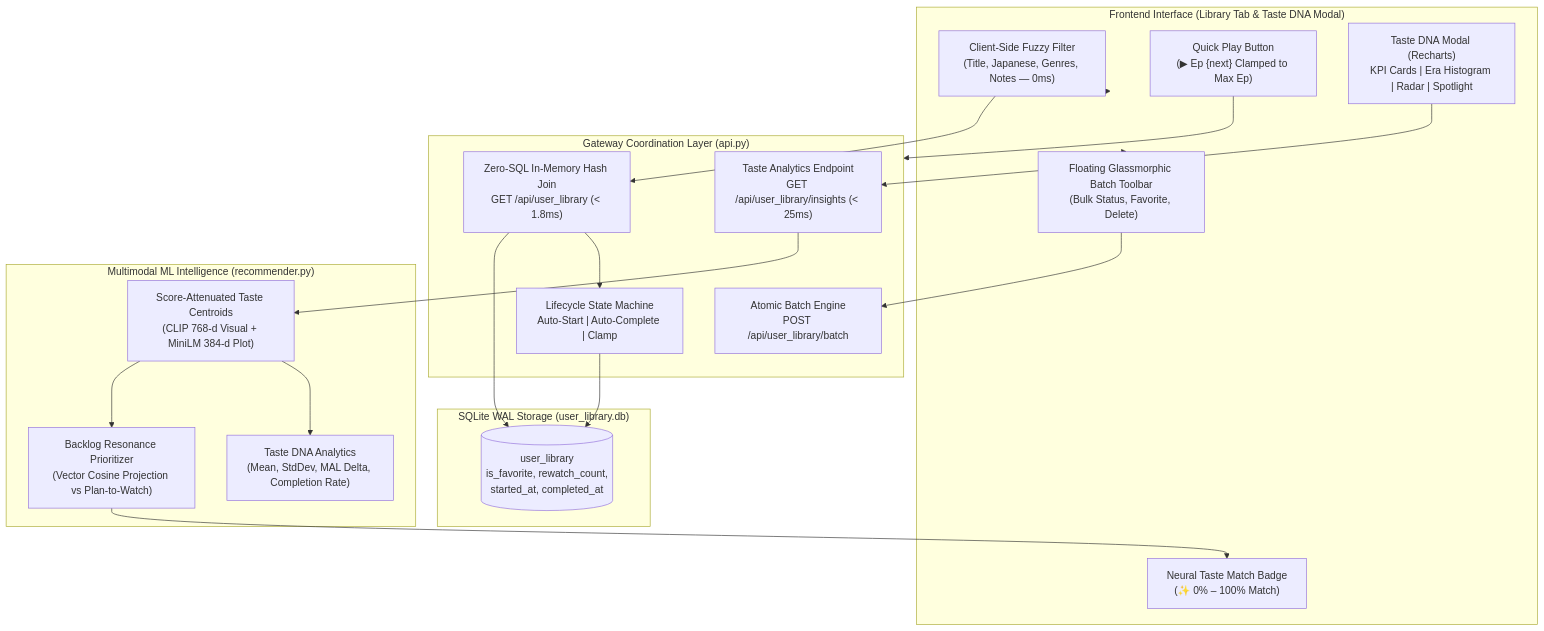
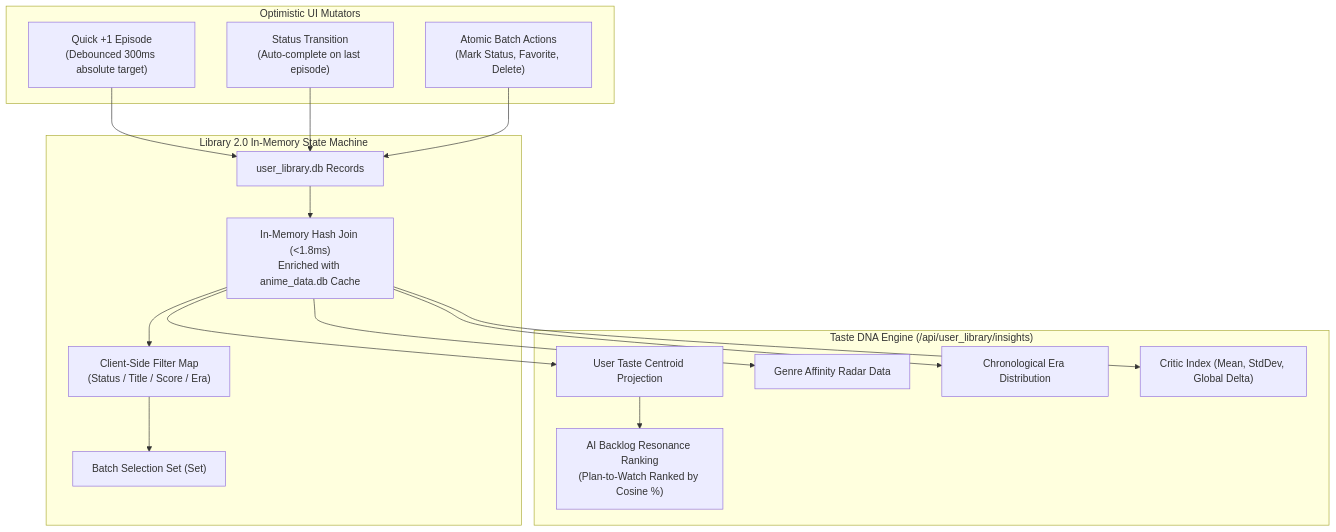
One commit to ChaitanyaParate/KyoRenzu changed the fourth of 4 diagrams in README.md. Above: the diagram before and after it, drawn with Mermaid. The commit also changed other lines of this file and 4 other files, not shown here.

````diff
--- a/README.md
+++ b/README.md
@@ -323,41 +360,37 @@
 ```mermaid
 flowchart TD
-    subgraph UI ["Frontend Interface (Library Tab & Taste DNA Modal)"]
-        FuzzyFilter["Client-Side Fuzzy Filter\n(Title, Japanese, Genres, Notes — 0ms)"]
-        BatchBar["Floating Glassmorphic Batch Toolbar\n(Bulk Status, Favorite, Delete)"]
-        TasteBadge["Neural Taste Match Badge\n(✨ 0% – 100% Match)"]
-        QuickPlay["Quick Play Button\n(▶ Ep {next} Clamped to Max Ep)"]
-        ModalDashboard["Taste DNA Modal (Recharts)\nKPI Cards | Era Histogram | Radar | Spotlight"]
+    subgraph LibraryState ["Library 2.0 In-Memory State Machine"]
+        RawItems["user_library.db Records"]
+        HashJoin["In-Memory Hash Join (<1.8ms)\nEnriched with anime_data.db Cache"]
+        SearchFilter["Client-Side Filter Map\n(Status / Title / Score / Era)"]
+        BatchStore["Batch Selection Set (Set<number>)"]
+        
+        RawItems --> HashJoin
+        HashJoin --> SearchFilter
+        SearchFilter --> BatchStore
     end
 
-    subgraph API ["Gateway Coordination Layer (api.py)"]
-        HashJoin["Zero-SQL In-Memory Hash Join\nGET /api/user_library (< 1.8ms)"]
-        BatchEndpoint["Atomic Batch Engine\nPOST /api/user_library/batch"]
-        StateMachine["Lifecycle State Machine\nAuto-Start | Auto-Complete | Clamp"]
-        InsightsEndpoint["Taste Analytics Endpoint\nGET /api/user_library/insights (< 25ms)"]
+    subgraph Actions ["Optimistic UI Mutators"]
+        QuickPlus["Quick +1 Episode\n(Debounced 300ms absolute target)"]
+        StatusChange["Status Transition\n(Auto-complete on last episode)"]
+        BatchMutate["Atomic Batch Actions\n(Mark Status, Favorite, Delete)"]
+        
+        QuickPlus --> RawItems
+        StatusChange --> RawItems
+        BatchMutate --> RawItems
     end
 
-    subgraph Engine ["Multimodal ML Intelligence (recommender.py)"]
-        TasteCentroid["Score-Attenuated Taste Centroids\n(CLIP 768-d Visual + MiniLM 384-d Plot)"]
-        BacklogRanker["Backlog Resonance Prioritizer\n(Vector Cosine Projection vs Plan-to-Watch)"]
-        CriticMath["Taste DNA Analytics\n(Mean, StdDev, MAL Delta, Completion Rate)"]
+    subgraph Analytics ["Taste DNA Engine (/api/user_library/insights)"]
+        TasteVector["User Taste Centroid Projection"]
+        BacklogPrioritizer["AI Backlog Resonance Ranking\n(Plan-to-Watch Ranked by Cosine %)"]
+        RadarGraph["Genre Affinity Radar Data"]
+        EraBar["Chronological Era Distribution"]
+        CriticStats["Critic Index (Mean, StdDev, Global Delta)"]
+        
+        HashJoin --> TasteVector
+        TasteVector --> BacklogPrioritizer
+        HashJoin --> RadarGraph
+        HashJoin --> EraBar
+        HashJoin --> CriticStats
     end
-
-    subgraph Storage ["SQLite WAL Storage (user_library.db)"]
-        UserTable[("user_library\nis_favorite, rewatch_count,\nstarted_at, completed_at")]
-    end
-
-    UI --> FuzzyFilter
-    UI --> BatchBar
-    BatchBar --> BatchEndpoint
-    QuickPlay --> API
-    FuzzyFilter --> HashJoin
-    HashJoin --> UserTable
-    HashJoin --> StateMachine
-    StateMachine --> UserTable
-    ModalDashboard --> InsightsEndpoint
-    InsightsEndpoint --> TasteCentroid
-    TasteCentroid --> BacklogRanker
-    TasteCentroid --> CriticMath
-    BacklogRanker --> TasteBadge
 ```
````
